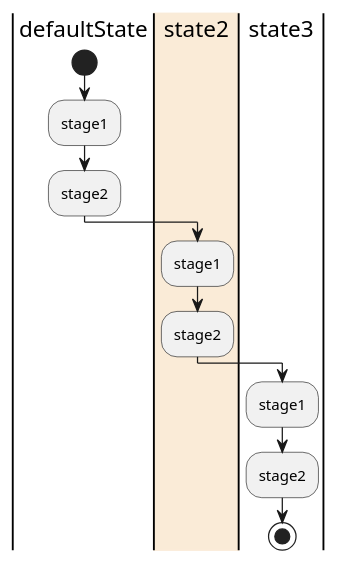
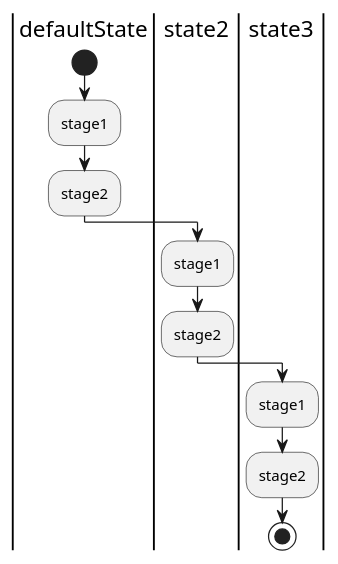
The diagram in images/uml/staged-enumerators.puml (akorb/bachelor-thesis), drawn with PlantUML before and after one commit. The commit also changed 1 other file, not shown here.

Commit message:
Remove color from staged enumerator graph

```diff
--- a/images/uml/staged-enumerators.puml
+++ b/images/uml/staged-enumerators.puml
@@ -1,15 +1,15 @@
 @startuml
 
 |defaultState|
 start
 :stage1;
 :stage2;
-|#AntiqueWhite|state2|
+|state2|
 :stage1;
 :stage2;
 |state3|
 :stage1;
 :stage2;
 stop
 
 @enduml
```
